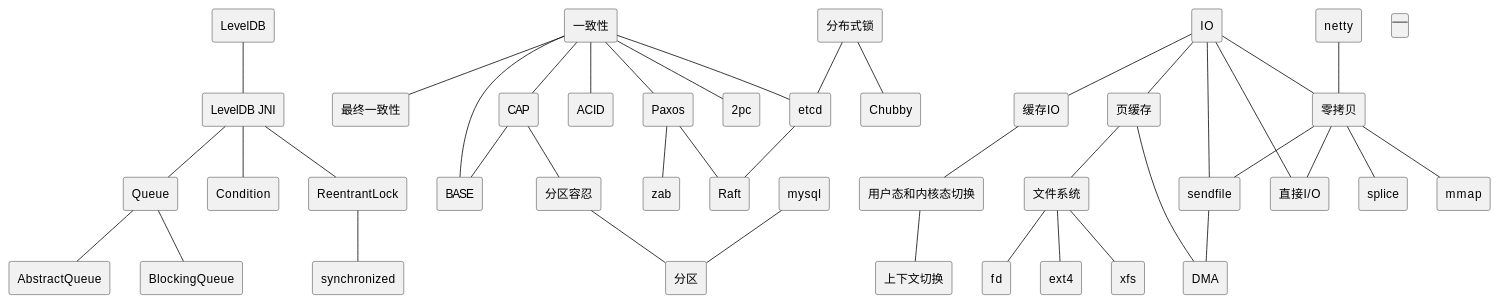
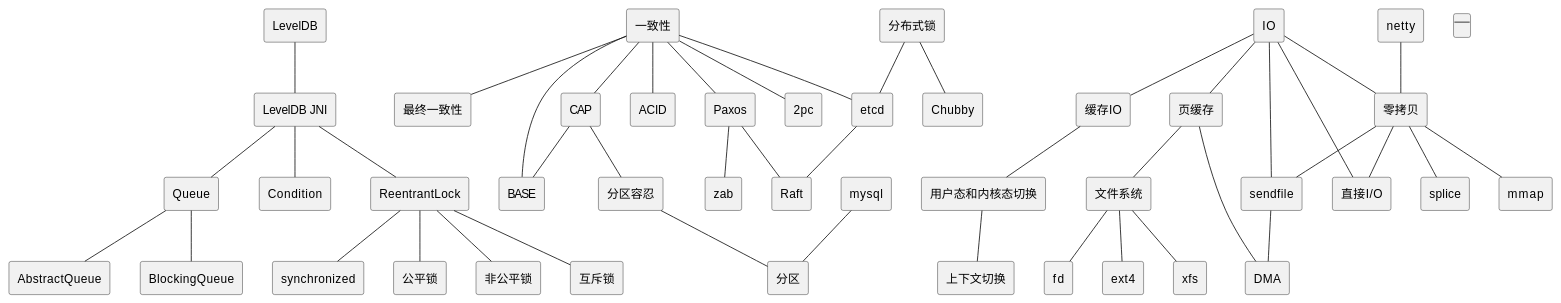
The diagram in content/post/archive-1/2015-08-06-dev.md (wiloon/blog), drawn with PlantUML before and after one commit. The commit also changed 11 other files, not shown here.

```diff
--- a/content/post/archive-1/2015-08-06-dev.md
+++ b/content/post/archive-1/2015-08-06-dev.md
@@ -109,7 +109,12 @@
 leveldb_jni--ReentrantLock
 [synchronized]
 ReentrantLock--synchronized
-
+[公平锁] as fair_lock
+ReentrantLock--fair_lock
+[非公平锁] as unfair_lock
+ReentrantLock--unfair_lock
+[互斥锁] as mutex
+ReentrantLock--mutex
 [一致性] as consistency
 [最终一致性] as eventual_consistency
 [CAP] as cap
```
